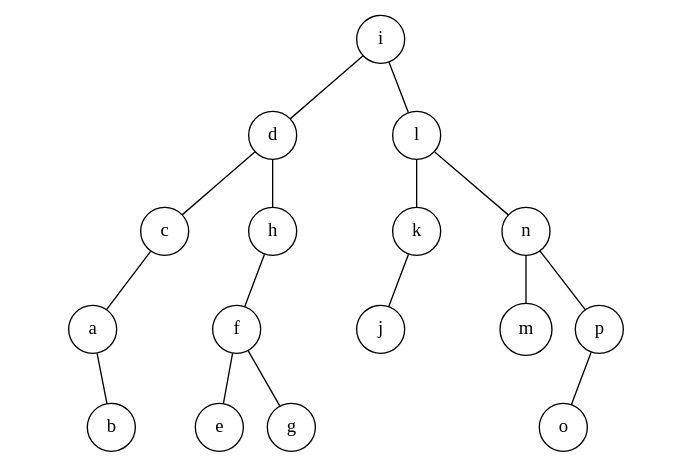
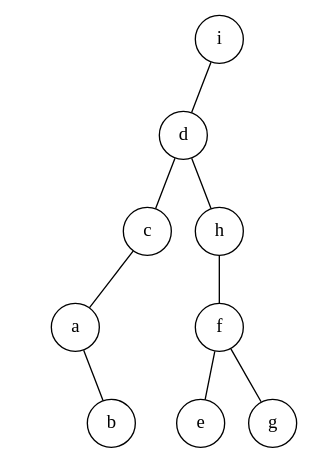
One commit to Time-Coder/Data_Structure changed the diagram in Tree/BinTree/Figures/bintree.dot. Above: the diagram before and after it, drawn with Graphviz. The commit also changed 12 other files, not shown here.

```diff
--- a/Tree/BinTree/Figures/bintree.dot
+++ b/Tree/BinTree/Figures/bintree.dot
@@ -1,47 +1,31 @@
 graph BinTree
 {
 	graph[ordering="out"];
 
 	0--1;
-	0--2;
-	2--3;
-	2--4;
+	0--NULL2[style="invis"];
+	1--3;
+	1--4;
 	4--5;
-	4--6;
-	6--7;
-	6--NULL8[style="invis"];
+	4--NULL6[style="invis"];
+	5--7;
+	5--8;
 	3--9;
 	3--NULL10[style="invis"];
-	1--11;
-	1--12;
-	12--13;
-	12--NULL14[style="invis"];
-	13--15;
-	13--16;
-	11--17;
-	11--NULL18[style="invis"];
-	17--NULL19[style="invis"];
-	17--20;
+	9--NULL11[style="invis"];
+	9--12;
 
-	20[shape="circle",label="b"];
-	NULL19[shape="circle",label="A",style="invis"];
-	NULL18[shape="circle",label="A",style="invis"];
-	17[shape="circle",label="a"];
-	16[shape="circle",label="g"];
-	15[shape="circle",label="e"];
-	NULL14[shape="circle",label="A",style="invis"];
-	13[shape="circle",label="f"];
-	12[shape="circle",label="h"];
-	11[shape="circle",label="c"];
+	12[shape="circle",label="b"];
+	NULL11[shape="circle",label="A",style="invis"];
 	NULL10[shape="circle",label="A",style="invis"];
-	9[shape="circle",label="j"];
-	NULL8[shape="circle",label="A",style="invis"];
-	7[shape="circle",label="o"];
-	6[shape="circle",label="p"];
-	5[shape="circle",label="m"];
-	4[shape="circle",label="n"];
-	3[shape="circle",label="k"];
-	2[shape="circle",label="l"];
+	9[shape="circle",label="a"];
+	8[shape="circle",label="g"];
+	7[shape="circle",label="e"];
+	NULL6[shape="circle",label="A",style="invis"];
+	5[shape="circle",label="f"];
+	4[shape="circle",label="h"];
+	3[shape="circle",label="c"];
+	NULL2[shape="circle",label="A",style="invis"];
 	1[shape="circle",label="d"];
 	0[shape="circle",label="i"];
 }
```
